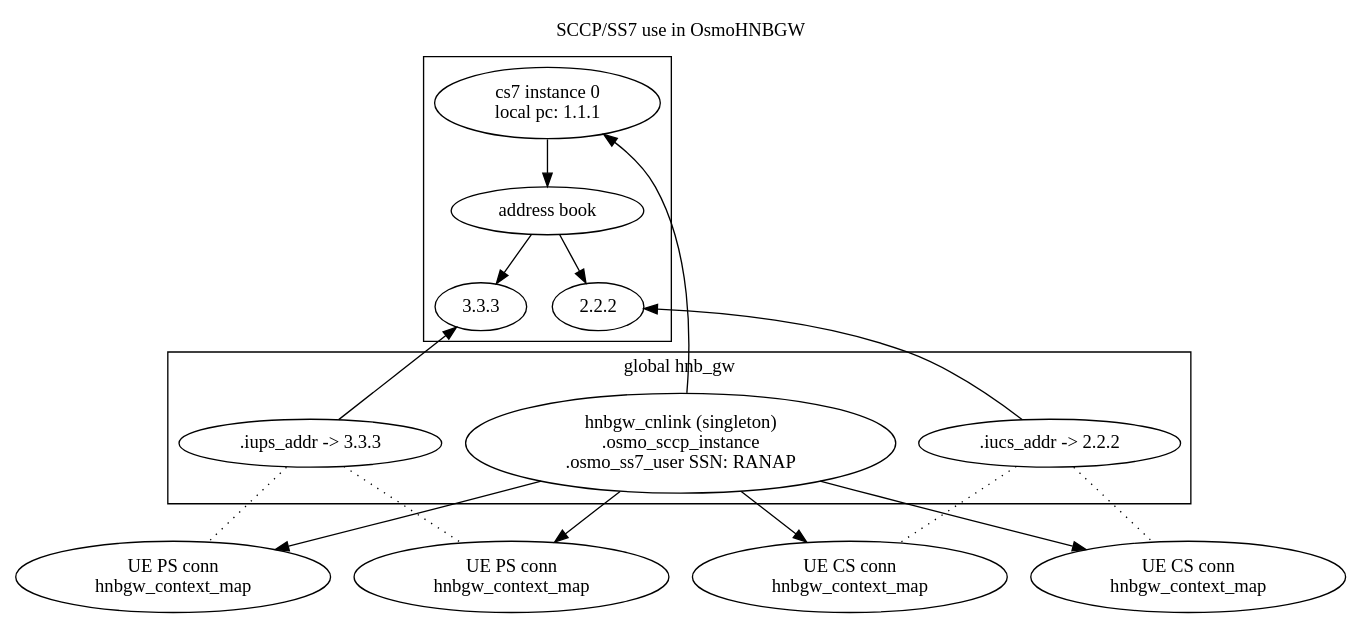
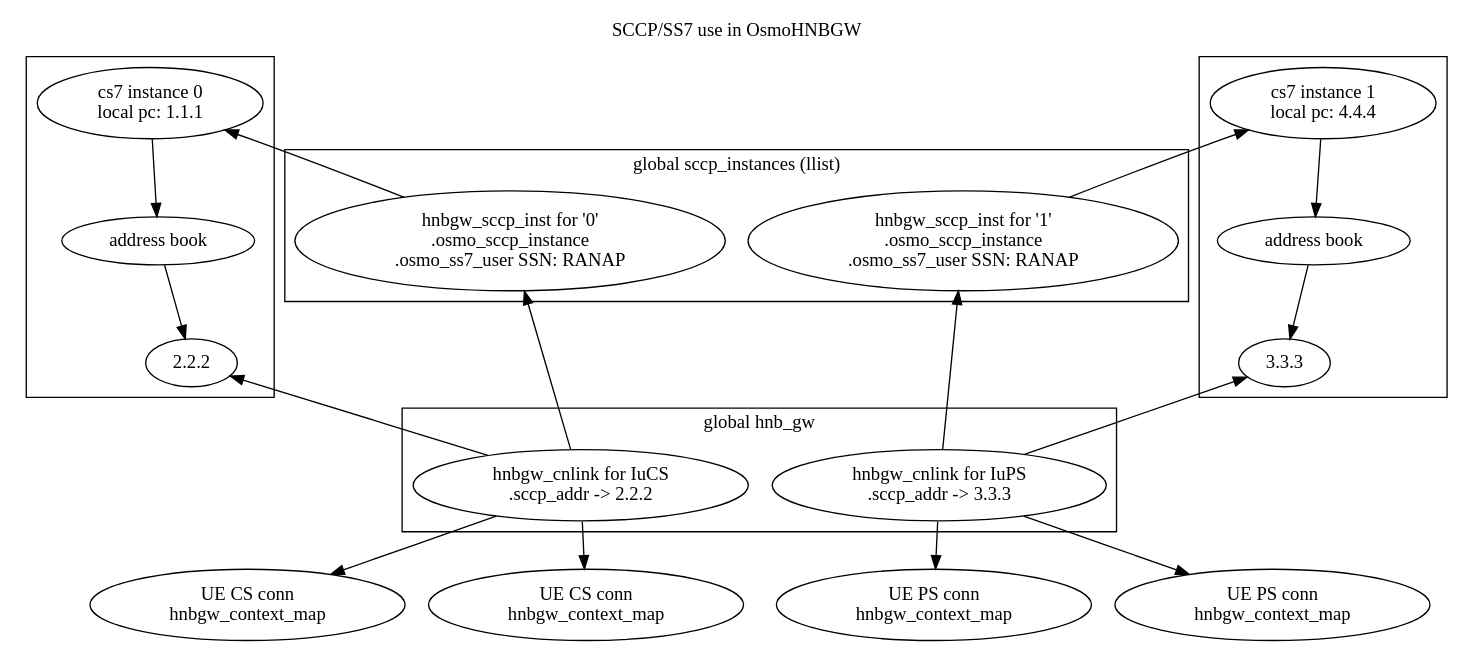
The diagram in doc/charts/sccp.dot (osmocom/osmo-hnbgw), drawn with Graphviz before and after one commit. The commit also changed 10 other files, not shown here.

```diff
--- a/doc/charts/sccp.dot
+++ b/doc/charts/sccp.dot
@@ -1,37 +1,58 @@
 digraph G {
 rankdir=TB
 labelloc=t; label="SCCP/SS7 use in OsmoHNBGW"
 
 	subgraph cluster_ss0 {
 		label=""
 		ss0 [label="cs7 instance 0\n local pc: 1.1.1"]
 		ss0ab [label="address book"]
 		ss0 -> ss0ab
 
 		msc0a [label="2.2.2"]
-		sgsn0a [label="3.3.3"]
-		ss0ab -> msc0a,sgsn0a
+		ss0ab -> msc0a
 	}
 
-	iucs_addr [label=".iucs_addr -> 2.2.2"]
-	iups_addr [label=".iups_addr -> 3.3.3"]
-	msc0a -> iucs_addr [dir=back]
-	sgsn0a -> iups_addr [dir=back]
-	cnlink [label="hnbgw_cnlink (singleton)\n .osmo_sccp_instance\n .osmo_ss7_user SSN: RANAP"];
-	ss0 -> cnlink [dir=back]
+	sccp0 [label="hnbgw_sccp_inst for '0'\n .osmo_sccp_instance\n .osmo_ss7_user SSN: RANAP"];
+	ss0 -> sccp0 [dir=back]
+
+	msc0 [label="hnbgw_cnlink for IuCS\n .sccp_addr -> 2.2.2"]
+	sccp0 -> msc0 [dir=back]
+	msc0a -> msc0 [dir=back]
 
 	cs0 [label="UE CS conn\n hnbgw_context_map"]
 	cs1 [label="UE CS conn\n hnbgw_context_map"]
+	msc0 -> cs0,cs1
+
+	subgraph cluster_ss1 {
+		label=""
+		ss1 [label="cs7 instance 1\n local pc: 4.4.4"]
+		ss1ab [label="address book"]
+		ss1 -> ss1ab
+
+		sgsn0a [label="3.3.3"]
+		ss1ab -> sgsn0a
+	}
+
+	sccp1 [label="hnbgw_sccp_inst for '1'\n .osmo_sccp_instance\n .osmo_ss7_user SSN: RANAP"];
+	ss1 -> sccp1 [dir=back]
+
+	sgsn0 [label="hnbgw_cnlink for IuPS\n .sccp_addr -> 3.3.3"]
+	sccp1 -> sgsn0 [dir=back]
+	sgsn0a -> sgsn0 [dir=back]
+
 	ps0 [label="UE PS conn\n hnbgw_context_map"]
 	ps1 [label="UE PS conn\n hnbgw_context_map"]
-	cnlink -> cs0,cs1,ps0,ps1
-	iucs_addr -> cs0,cs1 [style=dotted,dir=none]
-	iups_addr -> ps0,ps1 [style=dotted,dir=none]
+	sgsn0 -> ps0,ps1
+
+	subgraph cluster_sccp_inst {
+		label="global sccp_instances (llist)"
+		sccp0
+		sccp1
+	}
 
 	subgraph cluster_hnbgw {
 		label="global hnb_gw"
-		cnlink
-		iucs_addr
-		iups_addr
+		msc0
+		sgsn0
 	}
 }
```
